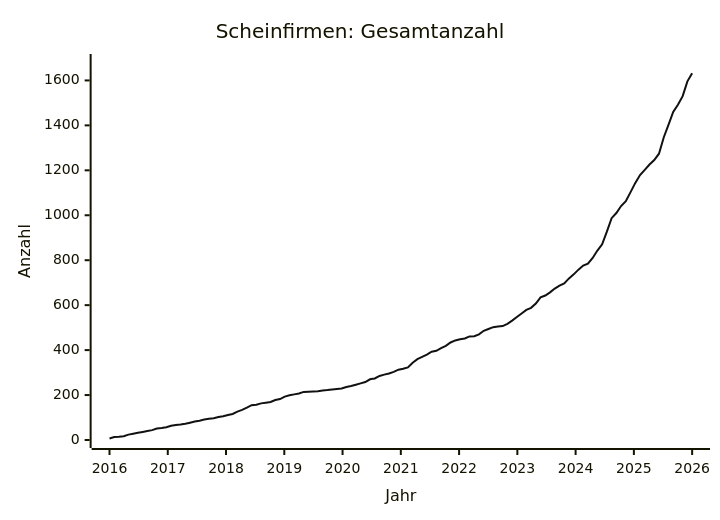
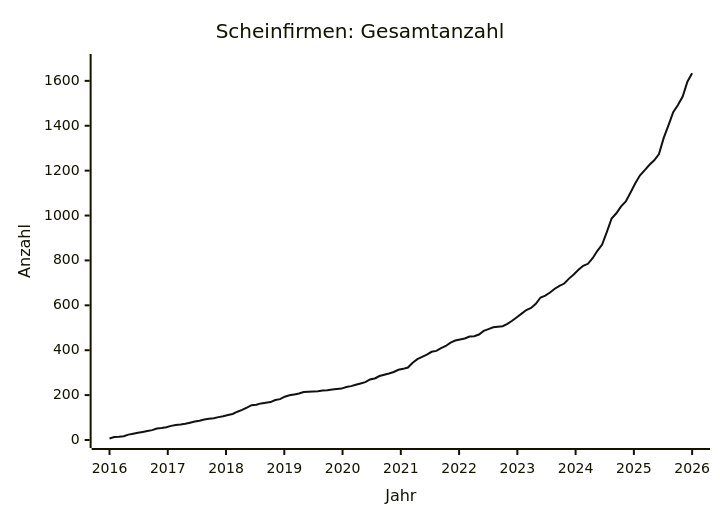
Before and after one commit to arjoma/scheinfirmen-at: the diagram in data/STATS.md, drawn with Mermaid. The commit also changed other lines of this file and 3 other files, not shown here.

````diff
--- a/data/STATS.md
+++ b/data/STATS.md
@@ -9,13 +9,13 @@
 ```mermaid
 ---
 config:
   themeVariables:
     xyChart:
       plotColorPalette: "#111111"
 ---
 xychart-beta
     title "Scheinfirmen: Gesamtanzahl"
     x-axis "Jahr" 2016 --> 2026
-    y-axis "Anzahl" 0 --> 1682
-    line [7, 13, 14, 17, 24, 28, 32, 36, 40, 44, 51, 53, 57, 63, 67, 69, 72, 77, 82, 86, 91, 95, 97, 102, 106, 111, 116, 126, 134, 144, 155, 157, 163, 166, 169, 178, 182, 193, 199, 203, 207, 214, 215, 216, 217, 220, 222, 225, 227, 229, 236, 240, 246, 252, 258, 270, 274, 285, 291, 296, 303, 313, 317, 323, 344, 360, 370, 380, 393, 397, 409, 419, 434, 443, 448, 452, 461, 462, 470, 486, 494, 502, 505, 507, 517, 531, 547, 563, 579, 588, 607, 635, 643, 657, 674, 687, 697, 719, 737, 758, 776, 785, 810, 843, 871, 927, 987, 1010, 1041, 1063, 1103, 1144, 1179, 1202, 1226, 1246, 1274, 1346, 1402, 1460, 1492, 1530, 1596, 1632]
+    y-axis "Anzahl" 0 --> 1684
+    line [7, 13, 14, 17, 24, 28, 32, 36, 40, 44, 51, 53, 57, 63, 67, 69, 72, 77, 82, 86, 91, 95, 97, 102, 106, 111, 116, 126, 134, 144, 155, 157, 163, 166, 169, 178, 182, 193, 199, 203, 207, 214, 215, 216, 217, 220, 222, 225, 227, 229, 236, 240, 246, 252, 258, 270, 274, 285, 291, 296, 303, 313, 317, 323, 344, 360, 370, 380, 393, 397, 409, 419, 434, 443, 448, 452, 461, 462, 470, 486, 494, 502, 505, 507, 517, 531, 547, 563, 579, 588, 607, 635, 643, 657, 674, 687, 697, 719, 737, 758, 776, 785, 810, 843, 871, 927, 987, 1010, 1041, 1063, 1103, 1144, 1179, 1202, 1226, 1246, 1274, 1346, 1402, 1460, 1492, 1530, 1596, 1634]
 ```
````
